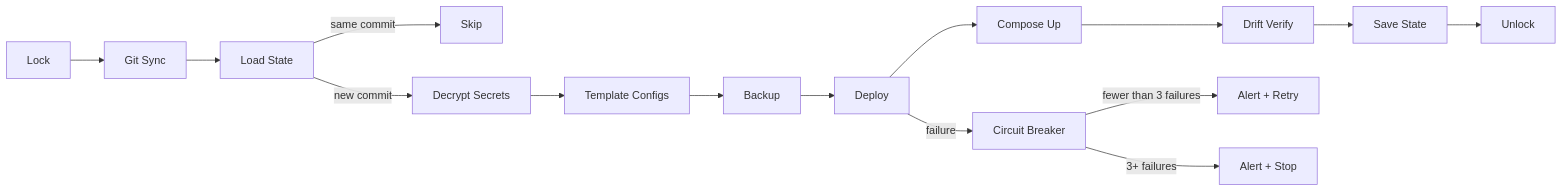
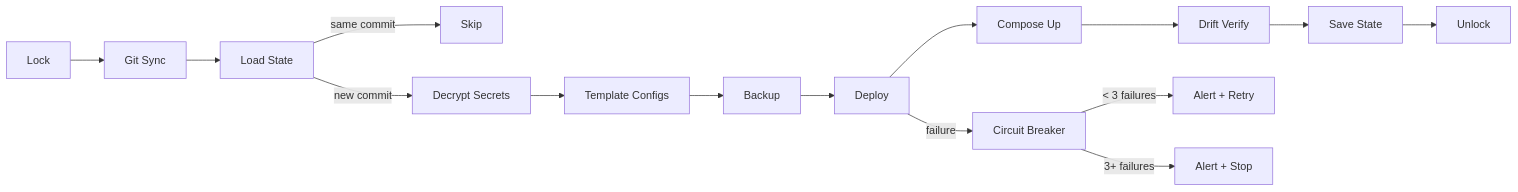
The diagram in docs/diagrams/reconcile-pipeline.mmd (cameronsjo/bosun), drawn with Mermaid before and after one commit. The commit also changed 8 other files, not shown here.

First line of the commit message:
docs: modernize mermaid diagrams across all docs

```diff
--- a/docs/diagrams/reconcile-pipeline.mmd
+++ b/docs/diagrams/reconcile-pipeline.mmd
@@ -1,15 +1,15 @@
 flowchart LR
     Lock[Lock] --> GitSync[Git Sync]
     GitSync --> LoadState[Load State]
     LoadState -->|same commit| Skip[Skip]
     LoadState -->|new commit| Decrypt[Decrypt Secrets]
-    Decrypt --> TemplateConfigs[Template Configs]
-    TemplateConfigs --> Backup[Backup]
+    Decrypt --> Template[Template Configs]
+    Template --> Backup[Backup]
     Backup --> DeployStep[Deploy]
     DeployStep --> ComposeUp[Compose Up]
     ComposeUp --> DriftVerify[Drift Verify]
     DriftVerify --> SaveState[Save State]
     SaveState --> Unlock[Unlock]
-    DeployStep -->|failure| CB[Circuit Breaker]
-    CB -->|fewer than 3 failures| Retry[Alert + Retry]
-    CB -->|3+ failures| Stop[Alert + Stop]
+    DeployStep -->|failure| CircuitBreaker[Circuit Breaker]
+    CircuitBreaker -->|< 3 failures| Retry[Alert + Retry]
+    CircuitBreaker -->|3+ failures| Stop[Alert + Stop]
```
